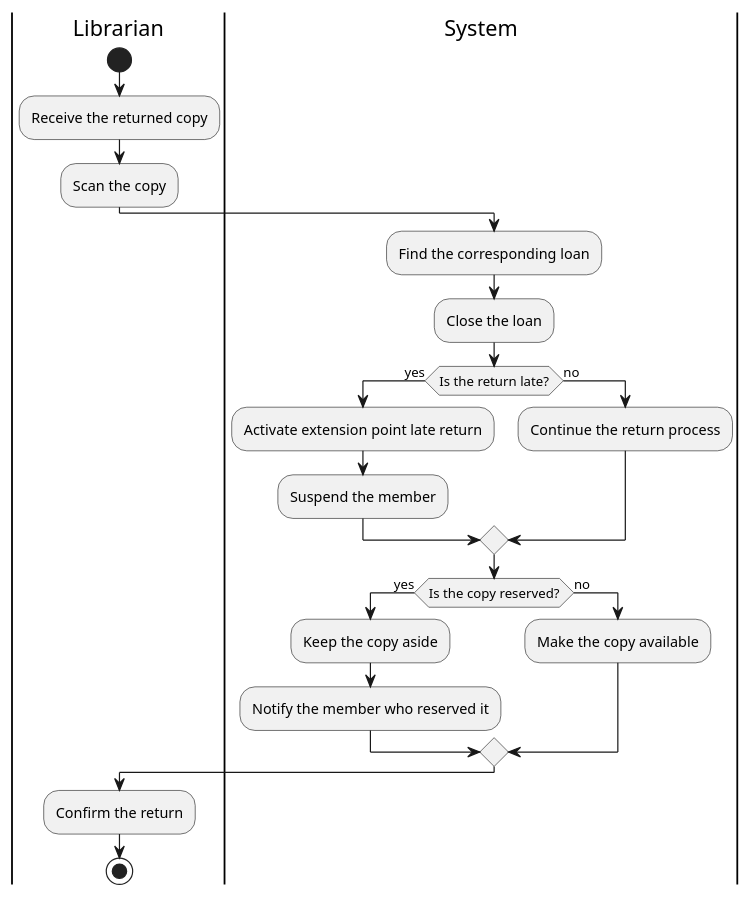
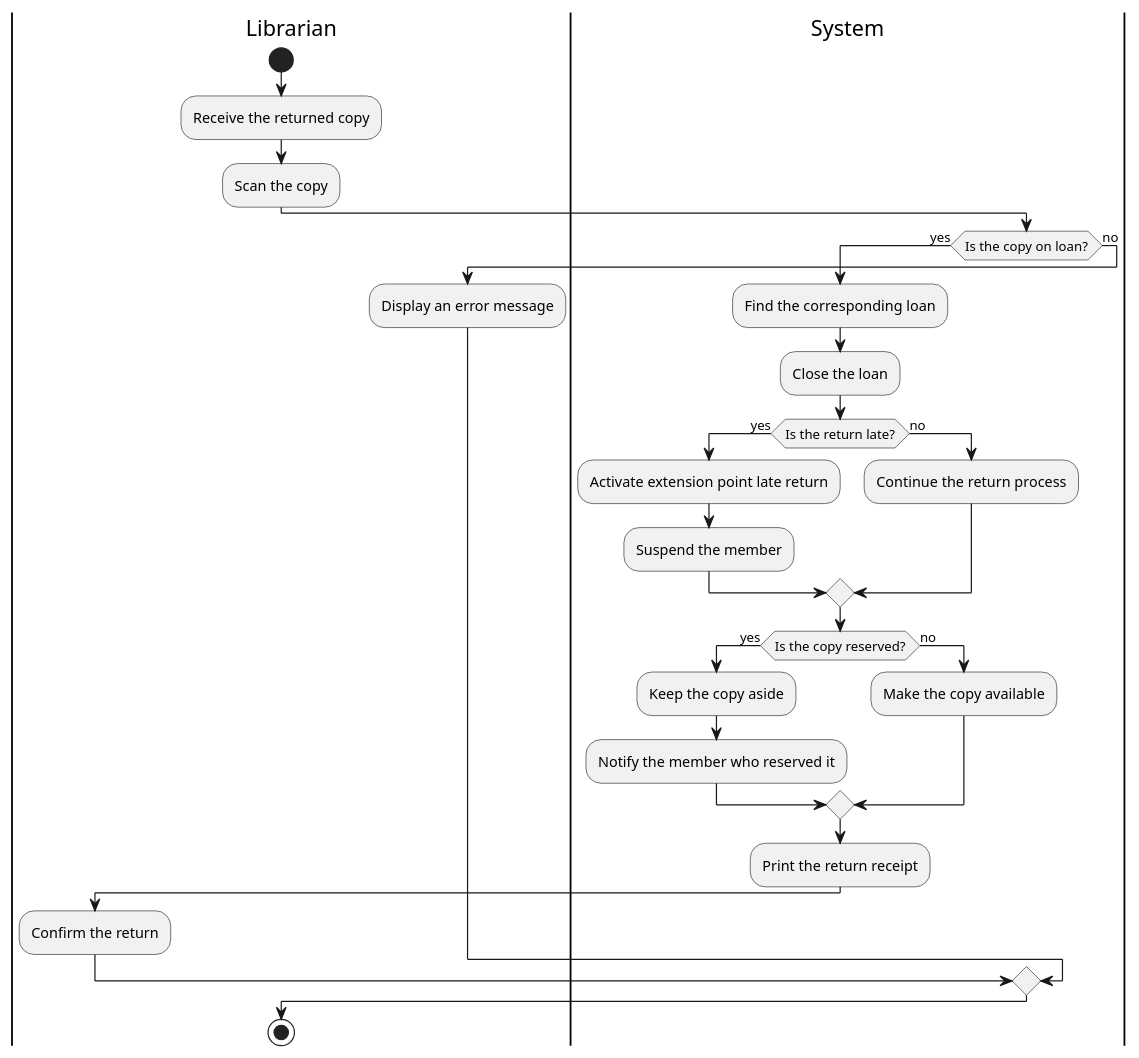
Before and after one commit to nour26-ai/tp2-library: the diagram in docs/uml/register-return-activity.puml, drawn with PlantUML. The commit also changed 2 other files, not shown here.

Commit message:
Apply professor feedback to UML diagrams

```diff
--- a/docs/uml/register-return-activity.puml
+++ b/docs/uml/register-return-activity.puml
@@ -2,41 +2,49 @@
 @startuml
 
 ' بداية العملية
 |Librarian|
 start
 :Receive the returned copy;
 :Scan the copy;
 
-' النظام يبحث عن الإعارة
+' التحقق من أن النسخة في حالة إعارة
 |System|
-:Find the corresponding loan;
-:Close the loan;
+if (Is the copy on loan?) then (yes)
 
-' التحقق من التأخير
-if (Is the return late?) then (yes)
+  :Find the corresponding loan;
+  :Close the loan;
 
-  ' تفعيل حالة التأخير
-  :Activate extension point late return;
-  :Suspend the member;
+  ' التحقق من التأخير
+  if (Is the return late?) then (yes)
+
+    :Activate extension point late return;
+    :Suspend the member;
+
+  else (no)
+    :Continue the return process;
+  endif
+
+  ' التحقق من الحجز
+  if (Is the copy reserved?) then (yes)
+
+    :Keep the copy aside;
+    :Notify the member who reserved it;
+
+  else (no)
+    :Make the copy available;
+  endif
+
+  ' طباعة وصل الإرجاع
+  :Print the return receipt;
+
+  |Librarian|
+  :Confirm the return;
 
 else (no)
-  :Continue the return process;
+
+  :Display an error message;
+
 endif
 
-' التحقق من الحجز
-if (Is the copy reserved?) then (yes)
-
-  :Keep the copy aside;
-  :Notify the member who reserved it;
-
-else (no)
-  :Make the copy available;
-endif
-
-' تأكيد نهاية العملية
-|Librarian|
-:Confirm the return;
-
 stop
-
 @enduml
```
